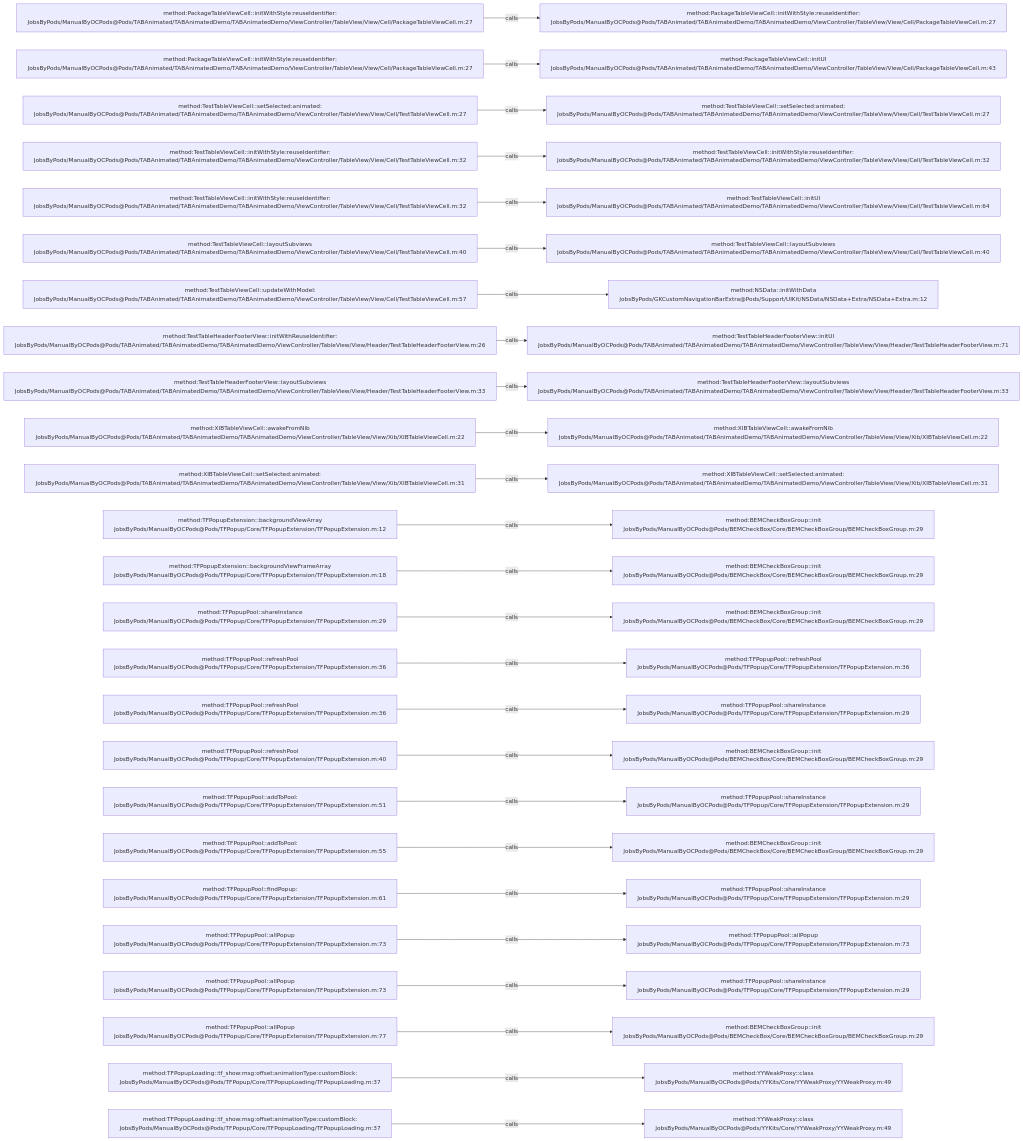
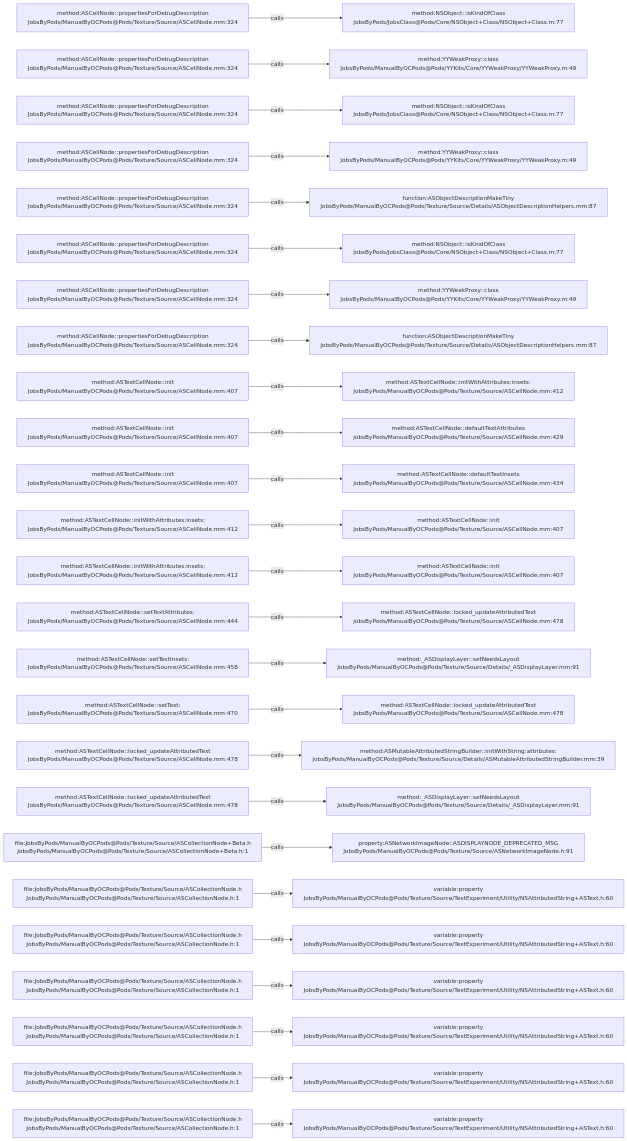
One commit to JobsKits/JobsOCBaseConfigDemo changed the diagram in .codegraph/codegraph.md/graphs/calls-066.md. Above: the diagram before and after it, drawn with Mermaid. The commit also changed 1448 other files, not shown here.

````diff
--- a/.codegraph/codegraph.md/graphs/calls-066.md
+++ b/.codegraph/codegraph.md/graphs/calls-066.md
@@ -13,78 +13,78 @@
 ```mermaid
 flowchart LR
-  S1["method:PackageTableViewCell::initWithStyle:reuseIdentifier:<br/>JobsByPods/ManualByOCPods@Pods/TABAnimated/TABAnimatedDemo/TABAnimatedDemo/ViewController/TableView/View/Cell/PackageTableViewCell.m:27"]
-  T1["method:PackageTableViewCell::initWithStyle:reuseIdentifier:<br/>JobsByPods/ManualByOCPods@Pods/TABAnimated/TABAnimatedDemo/TABAnimatedDemo/ViewController/TableView/View/Cell/PackageTableViewCell.m:27"]
+  S1["method:ASCellNode::propertiesForDebugDescription<br/>JobsByPods/ManualByOCPods@Pods/Texture/Source/ASCellNode.mm:324"]
+  T1["method:NSObject::isKindOfClass<br/>JobsByPods/JobsClass@Pods/Core/NSObject+Class/NSObject+Class.m:77"]
   S1 -->|calls| T1
-  S2["method:PackageTableViewCell::initWithStyle:reuseIdentifier:<br/>JobsByPods/ManualByOCPods@Pods/TABAnimated/TABAnimatedDemo/TABAnimatedDemo/ViewController/TableView/View/Cell/PackageTableViewCell.m:27"]
-  T2["method:PackageTableViewCell::initUI<br/>JobsByPods/ManualByOCPods@Pods/TABAnimated/TABAnimatedDemo/TABAnimatedDemo/ViewController/TableView/View/Cell/PackageTableViewCell.m:43"]
+  S2["method:ASCellNode::propertiesForDebugDescription<br/>JobsByPods/ManualByOCPods@Pods/Texture/Source/ASCellNode.mm:324"]
+  T2["method:YYWeakProxy::class<br/>JobsByPods/ManualByOCPods@Pods/YYKits/Core/YYWeakProxy/YYWeakProxy.m:49"]
   S2 -->|calls| T2
-  S3["method:TestTableViewCell::setSelected:animated:<br/>JobsByPods/ManualByOCPods@Pods/TABAnimated/TABAnimatedDemo/TABAnimatedDemo/ViewController/TableView/View/Cell/TestTableViewCell.m:27"]
-  T3["method:TestTableViewCell::setSelected:animated:<br/>JobsByPods/ManualByOCPods@Pods/TABAnimated/TABAnimatedDemo/TABAnimatedDemo/ViewController/TableView/View/Cell/TestTableViewCell.m:27"]
+  S3["method:ASCellNode::propertiesForDebugDescription<br/>JobsByPods/ManualByOCPods@Pods/Texture/Source/ASCellNode.mm:324"]
+  T3["method:NSObject::isKindOfClass<br/>JobsByPods/JobsClass@Pods/Core/NSObject+Class/NSObject+Class.m:77"]
   S3 -->|calls| T3
-  S4["method:TestTableViewCell::initWithStyle:reuseIdentifier:<br/>JobsByPods/ManualByOCPods@Pods/TABAnimated/TABAnimatedDemo/TABAnimatedDemo/ViewController/TableView/View/Cell/TestTableViewCell.m:32"]
-  T4["method:TestTableViewCell::initWithStyle:reuseIdentifier:<br/>JobsByPods/ManualByOCPods@Pods/TABAnimated/TABAnimatedDemo/TABAnimatedDemo/ViewController/TableView/View/Cell/TestTableViewCell.m:32"]
+  S4["method:ASCellNode::propertiesForDebugDescription<br/>JobsByPods/ManualByOCPods@Pods/Texture/Source/ASCellNode.mm:324"]
+  T4["method:YYWeakProxy::class<br/>JobsByPods/ManualByOCPods@Pods/YYKits/Core/YYWeakProxy/YYWeakProxy.m:49"]
   S4 -->|calls| T4
-  S5["method:TestTableViewCell::initWithStyle:reuseIdentifier:<br/>JobsByPods/ManualByOCPods@Pods/TABAnimated/TABAnimatedDemo/TABAnimatedDemo/ViewController/TableView/View/Cell/TestTableViewCell.m:32"]
-  T5["method:TestTableViewCell::initUI<br/>JobsByPods/ManualByOCPods@Pods/TABAnimated/TABAnimatedDemo/TABAnimatedDemo/ViewController/TableView/View/Cell/TestTableViewCell.m:64"]
+  S5["method:ASCellNode::propertiesForDebugDescription<br/>JobsByPods/ManualByOCPods@Pods/Texture/Source/ASCellNode.mm:324"]
+  T5["function:ASObjectDescriptionMakeTiny<br/>JobsByPods/ManualByOCPods@Pods/Texture/Source/Details/ASObjectDescriptionHelpers.mm:87"]
   S5 -->|calls| T5
-  S6["method:TestTableViewCell::layoutSubviews<br/>JobsByPods/ManualByOCPods@Pods/TABAnimated/TABAnimatedDemo/TABAnimatedDemo/ViewController/TableView/View/Cell/TestTableViewCell.m:40"]
-  T6["method:TestTableViewCell::layoutSubviews<br/>JobsByPods/ManualByOCPods@Pods/TABAnimated/TABAnimatedDemo/TABAnimatedDemo/ViewController/TableView/View/Cell/TestTableViewCell.m:40"]
+  S6["method:ASCellNode::propertiesForDebugDescription<br/>JobsByPods/ManualByOCPods@Pods/Texture/Source/ASCellNode.mm:324"]
+  T6["method:NSObject::isKindOfClass<br/>JobsByPods/JobsClass@Pods/Core/NSObject+Class/NSObject+Class.m:77"]
   S6 -->|calls| T6
-  S7["method:TestTableViewCell::updateWithModel:<br/>JobsByPods/ManualByOCPods@Pods/TABAnimated/TABAnimatedDemo/TABAnimatedDemo/ViewController/TableView/View/Cell/TestTableViewCell.m:57"]
-  T7["method:NSData::initWithData<br/>JobsByPods/GKCustomNavigationBarExtra@Pods/Support/UIKit/NSData/NSData+Extra/NSData+Extra.m:12"]
+  S7["method:ASCellNode::propertiesForDebugDescription<br/>JobsByPods/ManualByOCPods@Pods/Texture/Source/ASCellNode.mm:324"]
+  T7["method:YYWeakProxy::class<br/>JobsByPods/ManualByOCPods@Pods/YYKits/Core/YYWeakProxy/YYWeakProxy.m:49"]
   S7 -->|calls| T7
-  S8["method:TestTableHeaderFooterView::initWithReuseIdentifier:<br/>JobsByPods/ManualByOCPods@Pods/TABAnimated/TABAnimatedDemo/TABAnimatedDemo/ViewController/TableView/View/Header/TestTableHeaderFooterView.m:26"]
-  T8["method:TestTableHeaderFooterView::initUI<br/>JobsByPods/ManualByOCPods@Pods/TABAnimated/TABAnimatedDemo/TABAnimatedDemo/ViewController/TableView/View/Header/TestTableHeaderFooterView.m:71"]
+  S8["method:ASCellNode::propertiesForDebugDescription<br/>JobsByPods/ManualByOCPods@Pods/Texture/Source/ASCellNode.mm:324"]
+  T8["function:ASObjectDescriptionMakeTiny<br/>JobsByPods/ManualByOCPods@Pods/Texture/Source/Details/ASObjectDescriptionHelpers.mm:87"]
   S8 -->|calls| T8
-  S9["method:TestTableHeaderFooterView::layoutSubviews<br/>JobsByPods/ManualByOCPods@Pods/TABAnimated/TABAnimatedDemo/TABAnimatedDemo/ViewController/TableView/View/Header/TestTableHeaderFooterView.m:33"]
-  T9["method:TestTableHeaderFooterView::layoutSubviews<br/>JobsByPods/ManualByOCPods@Pods/TABAnimated/TABAnimatedDemo/TABAnimatedDemo/ViewController/TableView/View/Header/TestTableHeaderFooterView.m:33"]
+  S9["method:ASTextCellNode::init<br/>JobsByPods/ManualByOCPods@Pods/Texture/Source/ASCellNode.mm:407"]
+  T9["method:ASTextCellNode::initWithAttributes:insets:<br/>JobsByPods/ManualByOCPods@Pods/Texture/Source/ASCellNode.mm:412"]
   S9 -->|calls| T9
-  S10["method:XIBTableViewCell::awakeFromNib<br/>JobsByPods/ManualByOCPods@Pods/TABAnimated/TABAnimatedDemo/TABAnimatedDemo/ViewController/TableView/View/Xib/XIBTableViewCell.m:22"]
-  T10["method:XIBTableViewCell::awakeFromNib<br/>JobsByPods/ManualByOCPods@Pods/TABAnimated/TABAnimatedDemo/TABAnimatedDemo/ViewController/TableView/View/Xib/XIBTableViewCell.m:22"]
+  S10["method:ASTextCellNode::init<br/>JobsByPods/ManualByOCPods@Pods/Texture/Source/ASCellNode.mm:407"]
+  T10["method:ASTextCellNode::defaultTextAttributes<br/>JobsByPods/ManualByOCPods@Pods/Texture/Source/ASCellNode.mm:429"]
   S10 -->|calls| T10
-  S11["method:XIBTableViewCell::setSelected:animated:<br/>JobsByPods/ManualByOCPods@Pods/TABAnimated/TABAnimatedDemo/TABAnimatedDemo/ViewController/TableView/View/Xib/XIBTableViewCell.m:31"]
-  T11["method:XIBTableViewCell::setSelected:animated:<br/>JobsByPods/ManualByOCPods@Pods/TABAnimated/TABAnimatedDemo/TABAnimatedDemo/ViewController/TableView/View/Xib/XIBTableViewCell.m:31"]
+  S11["method:ASTextCellNode::init<br/>JobsByPods/ManualByOCPods@Pods/Texture/Source/ASCellNode.mm:407"]
+  T11["method:ASTextCellNode::defaultTextInsets<br/>JobsByPods/ManualByOCPods@Pods/Texture/Source/ASCellNode.mm:434"]
   S11 -->|calls| T11
-  S12["method:TFPopupExtension::backgroundViewArray<br/>JobsByPods/ManualByOCPods@Pods/TFPopup/Core/TFPopupExtension/TFPopupExtension.m:12"]
-  T12["method:BEMCheckBoxGroup::init<br/>JobsByPods/ManualByOCPods@Pods/BEMCheckBox/Core/BEMCheckBoxGroup/BEMCheckBoxGroup.m:29"]
+  S12["method:ASTextCellNode::initWithAttributes:insets:<br/>JobsByPods/ManualByOCPods@Pods/Texture/Source/ASCellNode.mm:412"]
+  T12["method:ASTextCellNode::init<br/>JobsByPods/ManualByOCPods@Pods/Texture/Source/ASCellNode.mm:407"]
   S12 -->|calls| T12
-  S13["method:TFPopupExtension::backgroundViewFrameArray<br/>JobsByPods/ManualByOCPods@Pods/TFPopup/Core/TFPopupExtension/TFPopupExtension.m:18"]
-  T13["method:BEMCheckBoxGroup::init<br/>JobsByPods/ManualByOCPods@Pods/BEMCheckBox/Core/BEMCheckBoxGroup/BEMCheckBoxGroup.m:29"]
+  S13["method:ASTextCellNode::initWithAttributes:insets:<br/>JobsByPods/ManualByOCPods@Pods/Texture/Source/ASCellNode.mm:412"]
+  T13["method:ASTextCellNode::init<br/>JobsByPods/ManualByOCPods@Pods/Texture/Source/ASCellNode.mm:407"]
   S13 -->|calls| T13
-  S14["method:TFPopupPool::shareInstance<br/>JobsByPods/ManualByOCPods@Pods/TFPopup/Core/TFPopupExtension/TFPopupExtension.m:29"]
-  T14["method:BEMCheckBoxGroup::init<br/>JobsByPods/ManualByOCPods@Pods/BEMCheckBox/Core/BEMCheckBoxGroup/BEMCheckBoxGroup.m:29"]
+  S14["method:ASTextCellNode::setTextAttributes:<br/>JobsByPods/ManualByOCPods@Pods/Texture/Source/ASCellNode.mm:444"]
+  T14["method:ASTextCellNode::locked_updateAttributedText<br/>JobsByPods/ManualByOCPods@Pods/Texture/Source/ASCellNode.mm:478"]
   S14 -->|calls| T14
-  S15["method:TFPopupPool::refreshPool<br/>JobsByPods/ManualByOCPods@Pods/TFPopup/Core/TFPopupExtension/TFPopupExtension.m:36"]
-  T15["method:TFPopupPool::refreshPool<br/>JobsByPods/ManualByOCPods@Pods/TFPopup/Core/TFPopupExtension/TFPopupExtension.m:36"]
+  S15["method:ASTextCellNode::setTextInsets:<br/>JobsByPods/ManualByOCPods@Pods/Texture/Source/ASCellNode.mm:458"]
+  T15["method:_ASDisplayLayer::setNeedsLayout<br/>JobsByPods/ManualByOCPods@Pods/Texture/Source/Details/_ASDisplayLayer.mm:91"]
   S15 -->|calls| T15
-  S16["method:TFPopupPool::refreshPool<br/>JobsByPods/ManualByOCPods@Pods/TFPopup/Core/TFPopupExtension/TFPopupExtension.m:36"]
-  T16["method:TFPopupPool::shareInstance<br/>JobsByPods/ManualByOCPods@Pods/TFPopup/Core/TFPopupExtension/TFPopupExtension.m:29"]
+  S16["method:ASTextCellNode::setText:<br/>JobsByPods/ManualByOCPods@Pods/Texture/Source/ASCellNode.mm:470"]
+  T16["method:ASTextCellNode::locked_updateAttributedText<br/>JobsByPods/ManualByOCPods@Pods/Texture/Source/ASCellNode.mm:478"]
   S16 -->|calls| T16
-  S17["method:TFPopupPool::refreshPool<br/>JobsByPods/ManualByOCPods@Pods/TFPopup/Core/TFPopupExtension/TFPopupExtension.m:40"]
-  T17["method:BEMCheckBoxGroup::init<br/>JobsByPods/ManualByOCPods@Pods/BEMCheckBox/Core/BEMCheckBoxGroup/BEMCheckBoxGroup.m:29"]
+  S17["method:ASTextCellNode::locked_updateAttributedText<br/>JobsByPods/ManualByOCPods@Pods/Texture/Source/ASCellNode.mm:478"]
+  T17["method:ASMutableAttributedStringBuilder::initWithString:attributes:<br/>JobsByPods/ManualByOCPods@Pods/Texture/Source/Details/ASMutableAttributedStringBuilder.mm:39"]
   S17 -->|calls| T17
-  S18["method:TFPopupPool::addToPool:<br/>JobsByPods/ManualByOCPods@Pods/TFPopup/Core/TFPopupExtension/TFPopupExtension.m:51"]
-  T18["method:TFPopupPool::shareInstance<br/>JobsByPods/ManualByOCPods@Pods/TFPopup/Core/TFPopupExtension/TFPopupExtension.m:29"]
+  S18["method:ASTextCellNode::locked_updateAttributedText<br/>JobsByPods/ManualByOCPods@Pods/Texture/Source/ASCellNode.mm:478"]
+  T18["method:_ASDisplayLayer::setNeedsLayout<br/>JobsByPods/ManualByOCPods@Pods/Texture/Source/Details/_ASDisplayLayer.mm:91"]
   S18 -->|calls| T18
-  S19["method:TFPopupPool::addToPool:<br/>JobsByPods/ManualByOCPods@Pods/TFPopup/Core/TFPopupExtension/TFPopupExtension.m:55"]
-  T19["method:BEMCheckBoxGroup::init<br/>JobsByPods/ManualByOCPods@Pods/BEMCheckBox/Core/BEMCheckBoxGroup/BEMCheckBoxGroup.m:29"]
+  S19["file:JobsByPods/ManualByOCPods@Pods/Texture/Source/ASCollectionNode+Beta.h<br/>JobsByPods/ManualByOCPods@Pods/Texture/Source/ASCollectionNode+Beta.h:1"]
+  T19["property:ASNetworkImageNode::ASDISPLAYNODE_DEPRECATED_MSG<br/>JobsByPods/ManualByOCPods@Pods/Texture/Source/ASNetworkImageNode.h:91"]
   S19 -->|calls| T19
-  S20["method:TFPopupPool::findPopup:<br/>JobsByPods/ManualByOCPods@Pods/TFPopup/Core/TFPopupExtension/TFPopupExtension.m:61"]
-  T20["method:TFPopupPool::shareInstance<br/>JobsByPods/ManualByOCPods@Pods/TFPopup/Core/TFPopupExtension/TFPopupExtension.m:29"]
+  S20["file:JobsByPods/ManualByOCPods@Pods/Texture/Source/ASCollectionNode.h<br/>JobsByPods/ManualByOCPods@Pods/Texture/Source/ASCollectionNode.h:1"]
+  T20["variable:property<br/>JobsByPods/ManualByOCPods@Pods/Texture/Source/TextExperiment/Utility/NSAttributedString+ASText.h:60"]
   S20 -->|calls| T20
-  S21["method:TFPopupPool::allPopup<br/>JobsByPods/ManualByOCPods@Pods/TFPopup/Core/TFPopupExtension/TFPopupExtension.m:73"]
-  T21["method:TFPopupPool::allPopup<br/>JobsByPods/ManualByOCPods@Pods/TFPopup/Core/TFPopupExtension/TFPopupExtension.m:73"]
+  S21["file:JobsByPods/ManualByOCPods@Pods/Texture/Source/ASCollectionNode.h<br/>JobsByPods/ManualByOCPods@Pods/Texture/Source/ASCollectionNode.h:1"]
+  T21["variable:property<br/>JobsByPods/ManualByOCPods@Pods/Texture/Source/TextExperiment/Utility/NSAttributedString+ASText.h:60"]
   S21 -->|calls| T21
-  S22["method:TFPopupPool::allPopup<br/>JobsByPods/ManualByOCPods@Pods/TFPopup/Core/TFPopupExtension/TFPopupExtension.m:73"]
-  T22["method:TFPopupPool::shareInstance<br/>JobsByPods/ManualByOCPods@Pods/TFPopup/Core/TFPopupExtension/TFPopupExtension.m:29"]
+  S22["file:JobsByPods/ManualByOCPods@Pods/Texture/Source/ASCollectionNode.h<br/>JobsByPods/ManualByOCPods@Pods/Texture/Source/ASCollectionNode.h:1"]
+  T22["variable:property<br/>JobsByPods/ManualByOCPods@Pods/Texture/Source/TextExperiment/Utility/NSAttributedString+ASText.h:60"]
   S22 -->|calls| T22
-  S23["method:TFPopupPool::allPopup<br/>JobsByPods/ManualByOCPods@Pods/TFPopup/Core/TFPopupExtension/TFPopupExtension.m:77"]
-  T23["method:BEMCheckBoxGroup::init<br/>JobsByPods/ManualByOCPods@Pods/BEMCheckBox/Core/BEMCheckBoxGroup/BEMCheckBoxGroup.m:29"]
+  S23["file:JobsByPods/ManualByOCPods@Pods/Texture/Source/ASCollectionNode.h<br/>JobsByPods/ManualByOCPods@Pods/Texture/Source/ASCollectionNode.h:1"]
+  T23["variable:property<br/>JobsByPods/ManualByOCPods@Pods/Texture/Source/TextExperiment/Utility/NSAttributedString+ASText.h:60"]
   S23 -->|calls| T23
-  S24["method:TFPopupLoading::tf_show:msg:offset:animationType:customBlock:<br/>JobsByPods/ManualByOCPods@Pods/TFPopup/Core/TFPopupLoading/TFPopupLoading.m:37"]
-  T24["method:YYWeakProxy::class<br/>JobsByPods/ManualByOCPods@Pods/YYKits/Core/YYWeakProxy/YYWeakProxy.m:49"]
+  S24["file:JobsByPods/ManualByOCPods@Pods/Texture/Source/ASCollectionNode.h<br/>JobsByPods/ManualByOCPods@Pods/Texture/Source/ASCollectionNode.h:1"]
+  T24["variable:property<br/>JobsByPods/ManualByOCPods@Pods/Texture/Source/TextExperiment/Utility/NSAttributedString+ASText.h:60"]
   S24 -->|calls| T24
-  S25["method:TFPopupLoading::tf_show:msg:offset:animationType:customBlock:<br/>JobsByPods/ManualByOCPods@Pods/TFPopup/Core/TFPopupLoading/TFPopupLoading.m:37"]
-  T25["method:YYWeakProxy::class<br/>JobsByPods/ManualByOCPods@Pods/YYKits/Core/YYWeakProxy/YYWeakProxy.m:49"]
+  S25["file:JobsByPods/ManualByOCPods@Pods/Texture/Source/ASCollectionNode.h<br/>JobsByPods/ManualByOCPods@Pods/Texture/Source/ASCollectionNode.h:1"]
+  T25["variable:property<br/>JobsByPods/ManualByOCPods@Pods/Texture/Source/TextExperiment/Utility/NSAttributedString+ASText.h:60"]
   S25 -->|calls| T25
 ```
````
